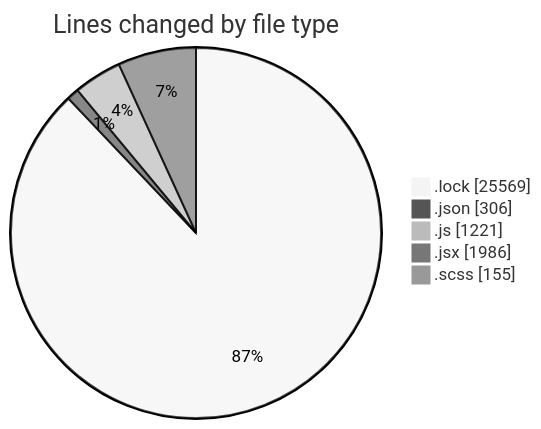
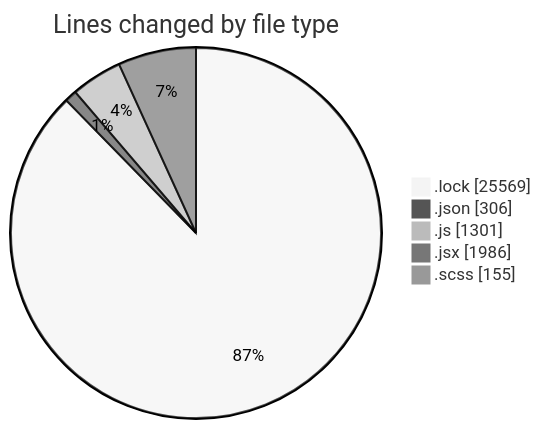
Before and after one commit to momahboobian/code-tracking: the first of 2 diagrams in 2026-01-07/cda/README.md, drawn with Mermaid (neutral theme). The commit also changed other lines of this file and 1 other file, not shown here.

````diff
--- a/2026-01-07/cda/README.md
+++ b/2026-01-07/cda/README.md
@@ -46,9 +46,9 @@
 ```mermaid
 pie showData
 title Lines changed by file type
 ".lock" : 25569
 ".json" : 306
-".js" : 1221
+".js" : 1301
 ".jsx" : 1986
 ".scss" : 155
 ```
````
